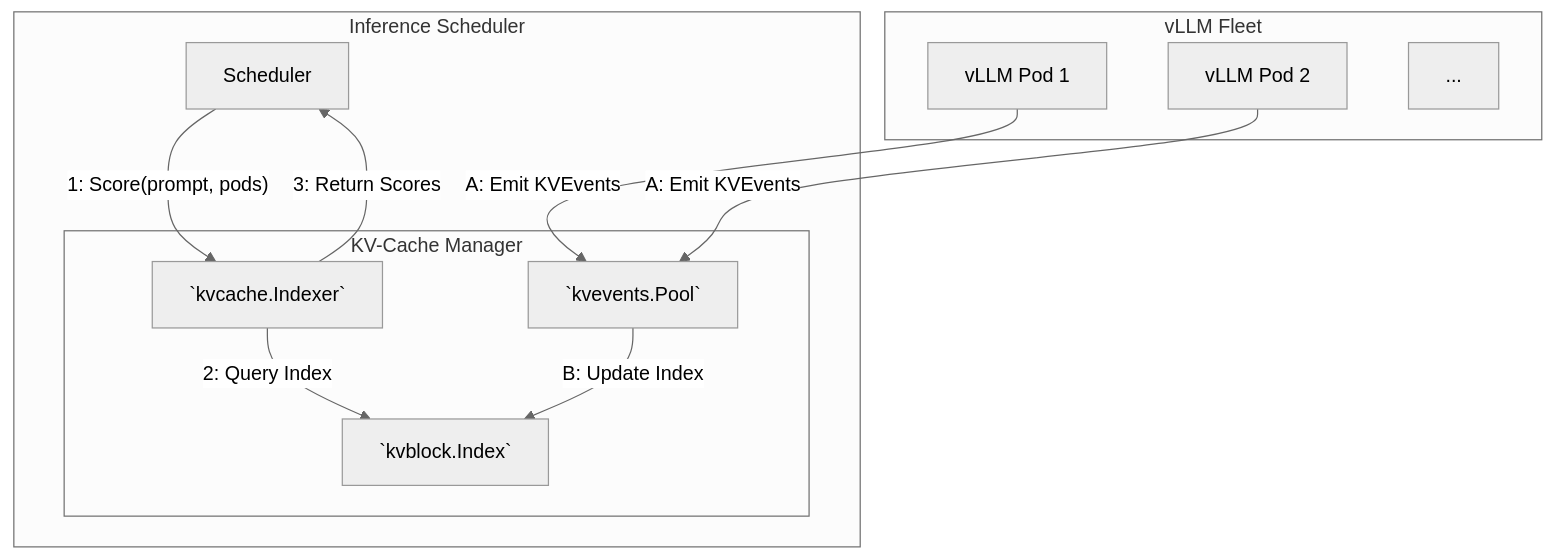
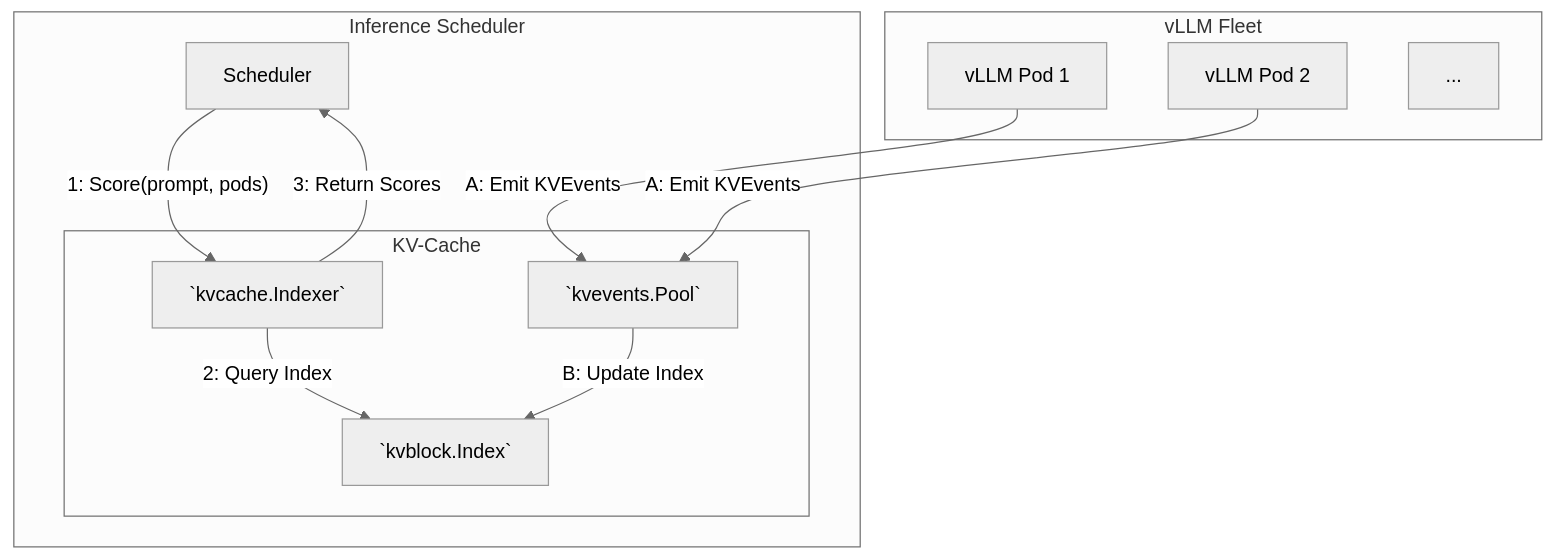
Before and after one commit to sagiahrac/llm-d-kv-cache-manager: the diagram in README.md, drawn with Mermaid (neutral theme). The commit also changed other lines of this file and 8 other files, not shown here.

````diff
--- a/README.md
+++ b/README.md
@@ -32,26 +32,26 @@
 ```mermaid
 graph TD
     subgraph "Inference Scheduler"
         A[Scheduler]
 
-        subgraph "KV-Cache Manager"
+        subgraph "KV-Cache"
             B[`kvcache.Indexer`]
             C[`kvblock.Index`]
             D[`kvevents.Pool`]
         end
     end
 
     subgraph "vLLM Fleet"
         E[vLLM Pod 1]
         F[vLLM Pod 2]
         G[...]
     end
 
     A--"1: Score(prompt, pods)"-->B
     B--"2: Query Index"-->C
     B--"3: Return Scores"-->A
     
     E--"A: Emit KVEvents"-->D
     F--"A: Emit KVEvents"-->D
     D--"B: Update Index"-->C
 ```
````
